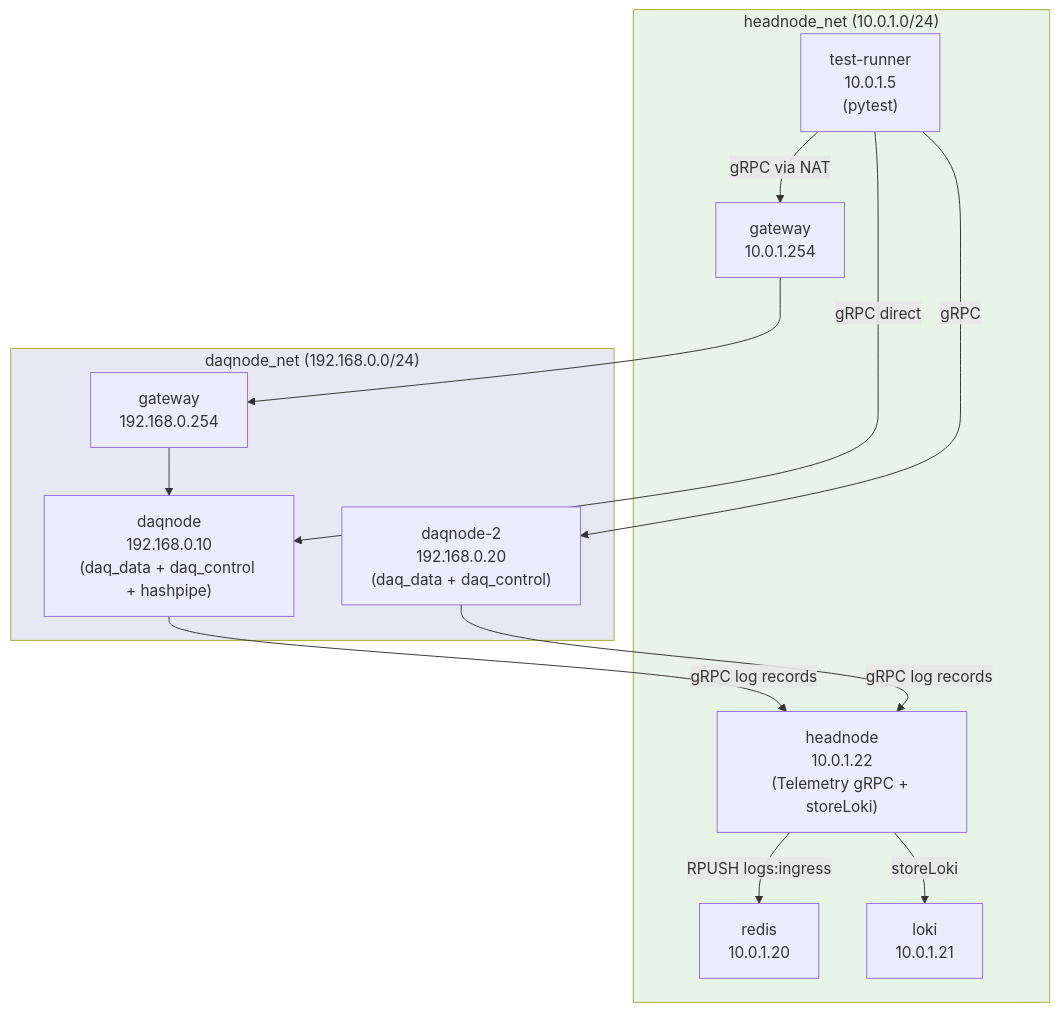
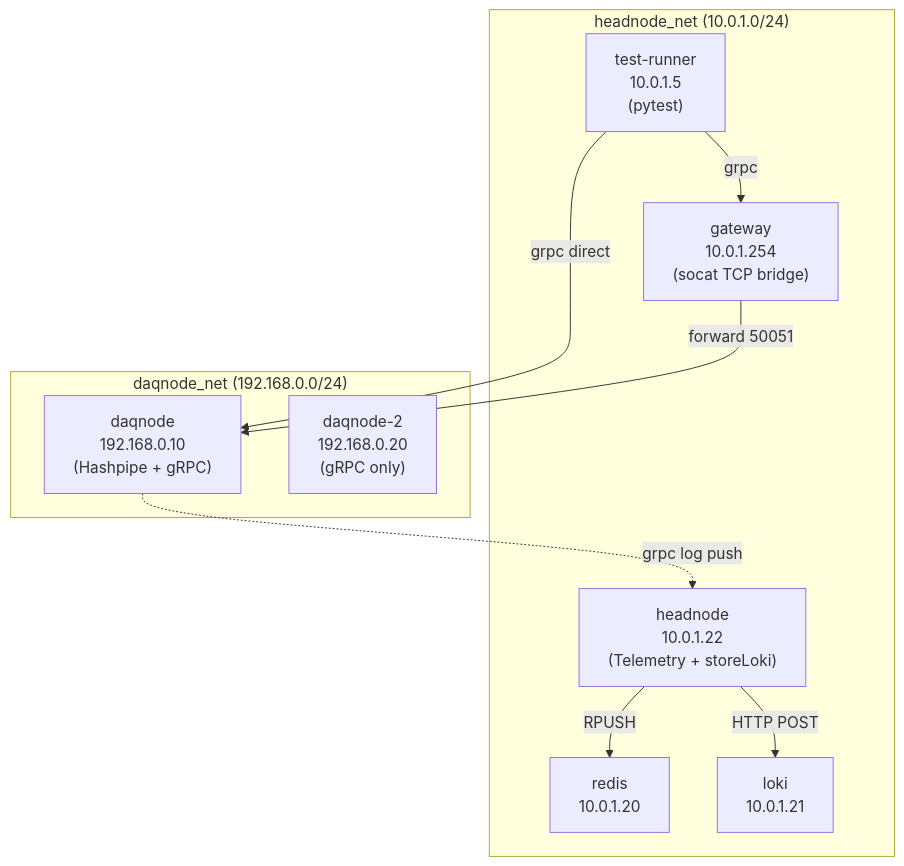
The diagram in control/ci-tests/README.md (panoseti/panoseti), drawn with Mermaid before and after one commit. The commit also changed other lines of this file and 7 other files, not shown here.

````diff
--- a/control/ci-tests/README.md
+++ b/control/ci-tests/README.md
@@ -36,27 +31,22 @@
 ```mermaid
 graph TB
     subgraph headnode_net["headnode_net (10.0.1.0/24)"]
         TR["test-runner<br/>10.0.1.5<br/>(pytest)"]
-        GW_H["gateway<br/>10.0.1.254"]
-        RD["redis<br/>10.0.1.20"]
-        LK["loki<br/>10.0.1.21"]
-        HN["headnode<br/>10.0.1.22<br/>(Telemetry gRPC + storeLoki)"]
+        GW["gateway<br/>10.0.1.254<br/>(socat TCP bridge)"]
+        REDIS["redis<br/>10.0.1.20"]
+        LOKI["loki<br/>10.0.1.21"]
+        HN["headnode<br/>10.0.1.22<br/>(Telemetry + storeLoki)"]
     end
 
     subgraph daqnode_net["daqnode_net (192.168.0.0/24)"]
-        DN["daqnode<br/>192.168.0.10<br/>(daq_data + daq_control + hashpipe)"]
-        DN2["daqnode-2<br/>192.168.0.20<br/>(daq_data + daq_control)"]
-        GW_D["gateway<br/>192.168.0.254"]
+        DN1["daqnode<br/>192.168.0.10<br/>(Hashpipe + gRPC)"]
+        DN2["daqnode-2<br/>192.168.0.20<br/>(gRPC only)"]
     end
 
-    TR -- "gRPC direct" --> DN
-    TR -- "gRPC via NAT" --> GW_H --> GW_D --> DN
-    TR -- "gRPC" --> DN2
-    DN -- "gRPC log records" --> HN
-    DN2 -- "gRPC log records" --> HN
-    HN -- "RPUSH logs:ingress" --> RD
-    HN -- "storeLoki" --> LK
-
-    style headnode_net fill:#e8f4e8
-    style daqnode_net fill:#e8e8f4
+    TR -->|grpc| GW
+    TR -->|grpc direct| DN1
+    GW -->|forward 50051| DN1
+    DN1 -.->|grpc log push| HN
+    HN -->|RPUSH| REDIS
+    HN -->|HTTP POST| LOKI
 ```
````
